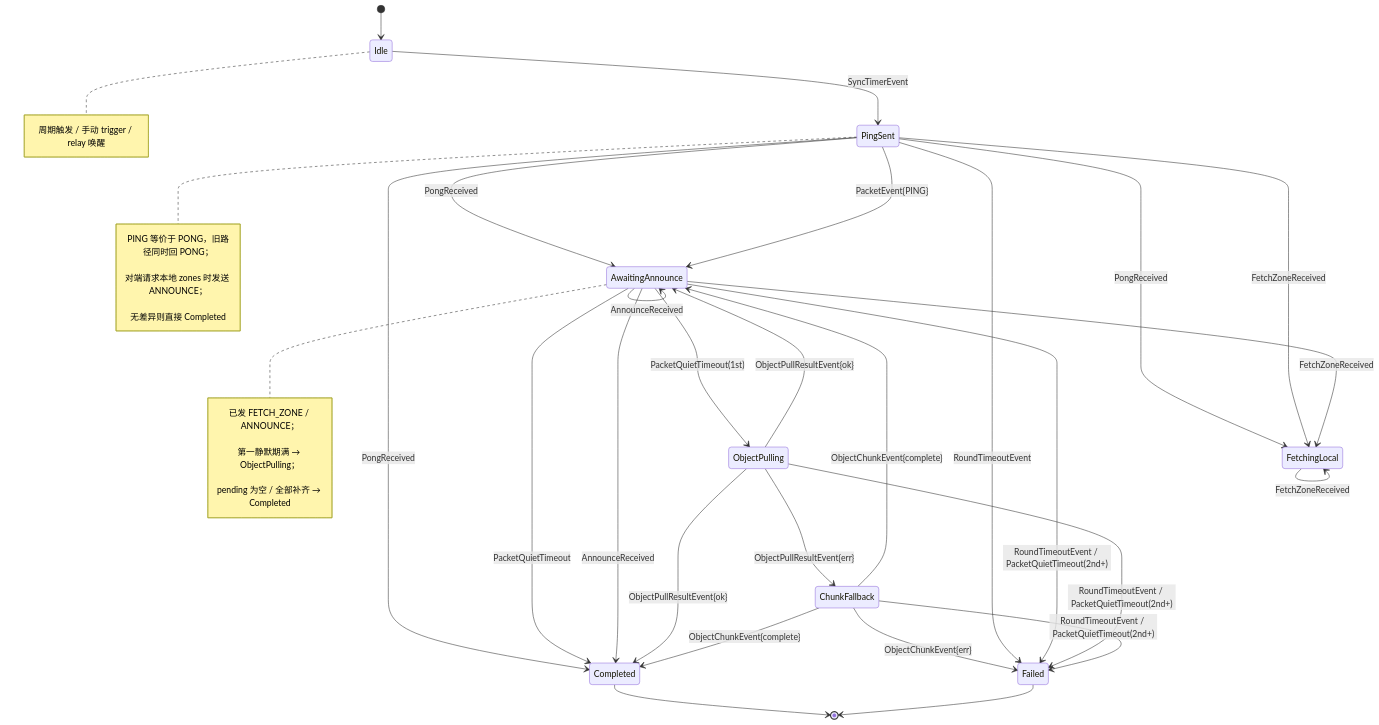
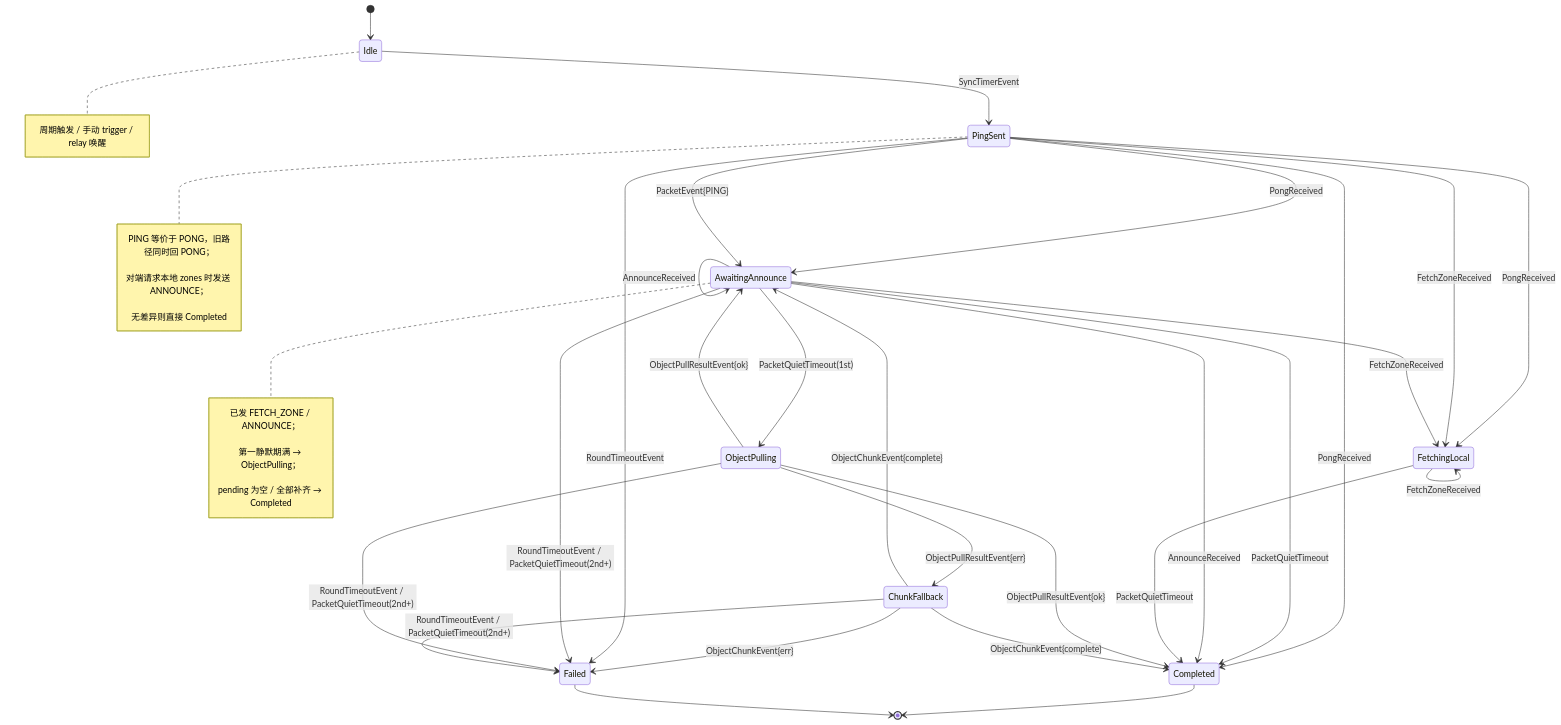
The diagram in docs/phase6-event-driven-design.md (HiggsNet/higgs), drawn with Mermaid before and after one commit. The commit also changed other lines of this file and 2 other files, not shown here.

First line of the commit message:
fix(sync): complete FetchingLocal session on packet quiet timeout

````diff
--- a/docs/phase6-event-driven-design.md
+++ b/docs/phase6-event-driven-design.md
@@ -92,50 +92,51 @@
 ```mermaid
 stateDiagram-v2
     [*] --> Idle
 
     Idle --> PingSent : SyncTimerEvent
     note right of Idle
       周期触发 / 手动 trigger / relay 唤醒
     end note
 
     PingSent --> AwaitingAnnounce : PongReceived
     PingSent --> AwaitingAnnounce : PacketEvent{PING}
     PingSent --> FetchingLocal : PongReceived
     PingSent --> Completed : PongReceived
     PingSent --> FetchingLocal : FetchZoneReceived
     note right of PingSent
       PING 等价于 PONG，旧路径同时回 PONG；<br/>
       对端请求本地 zones 时发送 ANNOUNCE；<br/>
       无差异则直接 Completed
     end note
 
     AwaitingAnnounce --> FetchingLocal : FetchZoneReceived
     AwaitingAnnounce --> AwaitingAnnounce : FetchZoneReceived
     AwaitingAnnounce --> ObjectPulling : PacketQuietTimeout(1st)
     AwaitingAnnounce --> Completed : PacketQuietTimeout
     AwaitingAnnounce --> AwaitingAnnounce : AnnounceReceived
     AwaitingAnnounce --> Completed : AnnounceReceived
     note right of AwaitingAnnounce
       已发 FETCH_ZONE / ANNOUNCE；<br/>
       第一静默期满 → ObjectPulling；<br/>
       pending 为空 / 全部补齐 → Completed
     end note
 
     FetchingLocal --> FetchingLocal : FetchZoneReceived
+    FetchingLocal --> Completed : PacketQuietTimeout
 
     ObjectPulling --> AwaitingAnnounce : ObjectPullResultEvent{ok}
     ObjectPulling --> Completed : ObjectPullResultEvent{ok}
     ObjectPulling --> ChunkFallback : ObjectPullResultEvent{err}
 
     ChunkFallback --> AwaitingAnnounce : ObjectChunkEvent{complete}
     ChunkFallback --> Completed : ObjectChunkEvent{complete}
     ChunkFallback --> Failed : ObjectChunkEvent{err}
 
     PingSent --> Failed : RoundTimeoutEvent
     AwaitingAnnounce --> Failed : RoundTimeoutEvent / PacketQuietTimeout(2nd+)
     ObjectPulling --> Failed : RoundTimeoutEvent / PacketQuietTimeout(2nd+)
     ChunkFallback --> Failed : RoundTimeoutEvent / PacketQuietTimeout(2nd+)
 
     Completed --> [*]
     Failed --> [*]
 ```
````
